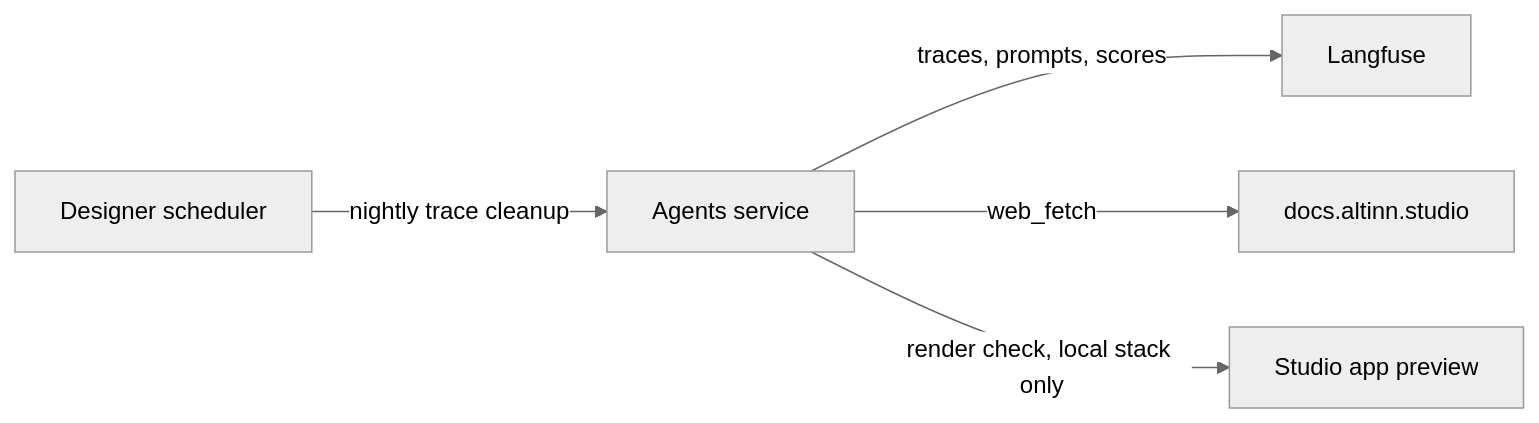
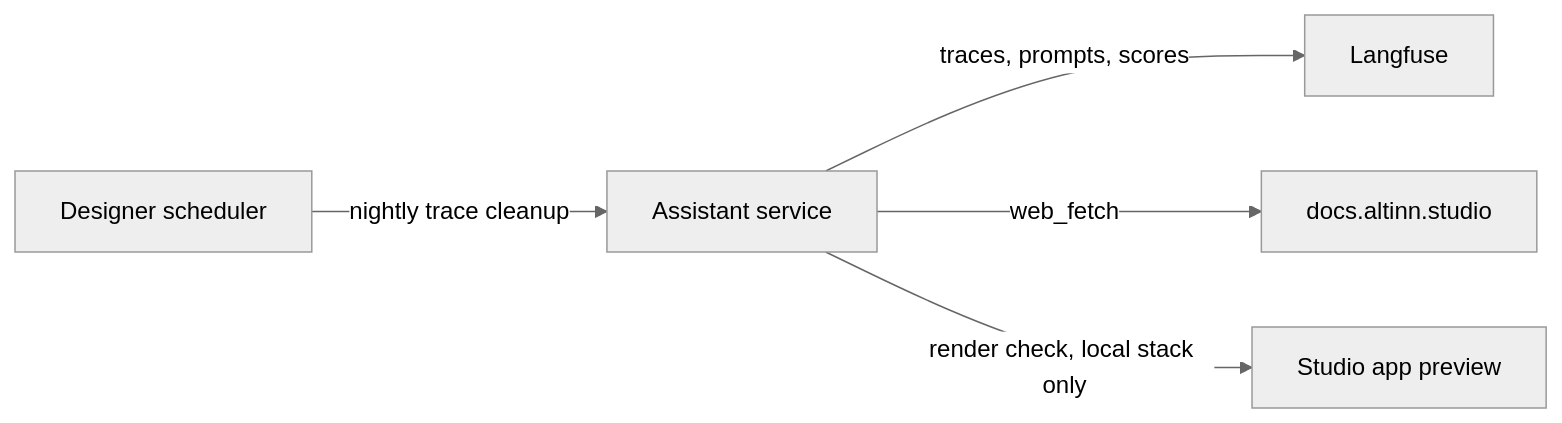
Before and after one commit to Altinn/altinn-studio: the second of 10 diagrams in src/AI/assistant/docs/2-system-context.md, drawn with Mermaid (neutral theme). The commit also changed other lines of this file and 11 other files, not shown here.

First line of the commit message:
docs(assistant): call the service the "assistant service"

````diff
--- a/src/AI/assistant/docs/2-system-context.md
+++ b/src/AI/assistant/docs/2-system-context.md
@@ -24,7 +24,7 @@
 ```mermaid
 flowchart LR
-  A["Agents service"] -->|traces, prompts, scores| F["Langfuse"]
+  A["Assistant service"] -->|traces, prompts, scores| F["Langfuse"]
   A -->|web_fetch| W["docs.altinn.studio"]
   A -->|render check, local stack only| P["Studio app preview"]
   Q["Designer scheduler"] -->|nightly trace cleanup| A
 ```
````
